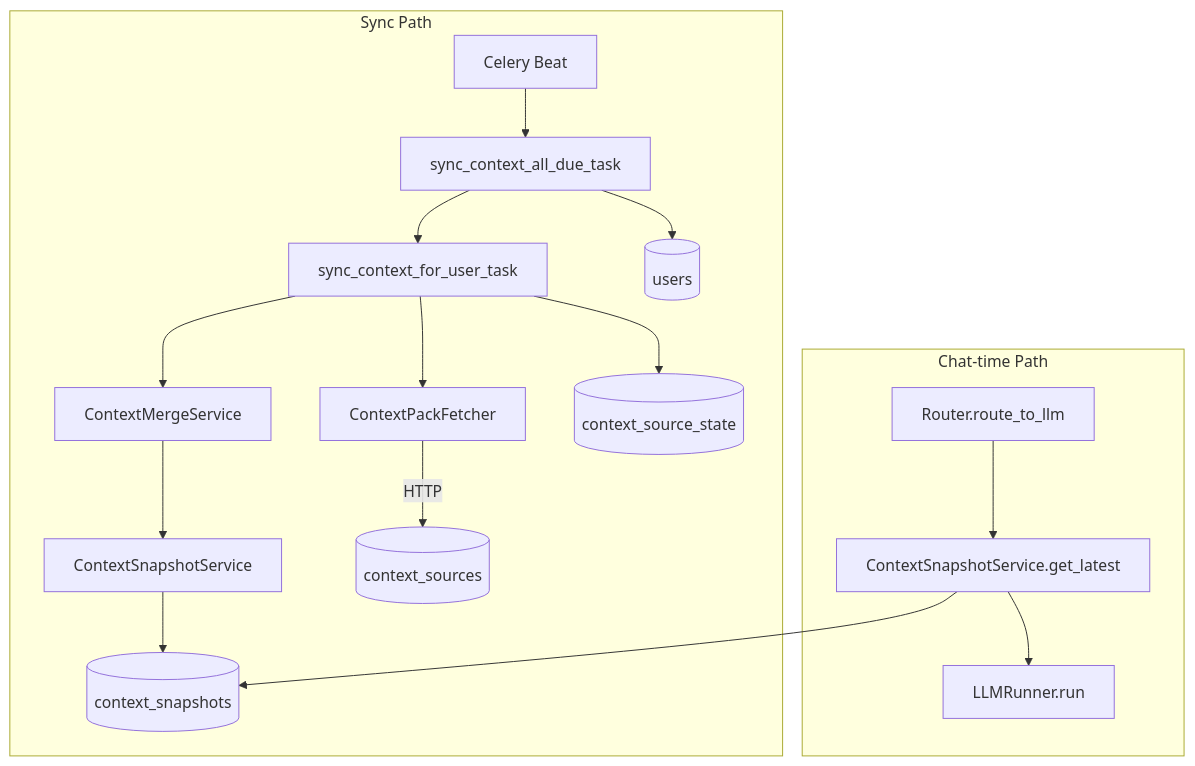
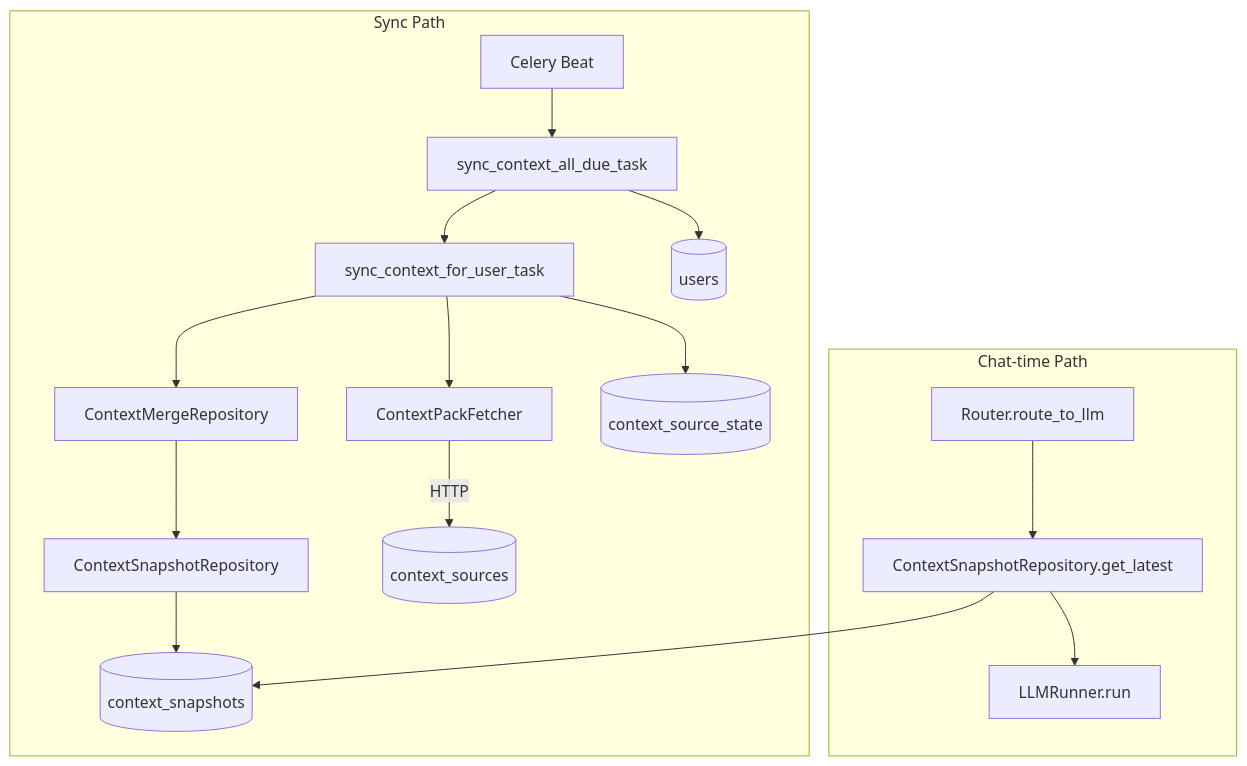
Before and after one commit to tesserahq/conversa: the diagram in docs/phase2-context-snapshots.md, drawn with Mermaid. The commit also changed other lines of this file and 58 other files, not shown here.

````diff
--- a/docs/phase2-context-snapshots.md
+++ b/docs/phase2-context-snapshots.md
@@ -9,34 +9,34 @@
 ```mermaid
 flowchart TB
     subgraph sync [Sync Path]
         Beat[Celery Beat]
         SyncTask[sync_context_all_due_task]
         PerUser[sync_context_for_user_task]
         Fetcher[ContextPackFetcher]
-        Merge[ContextMergeService]
-        SnapshotSvc[ContextSnapshotService]
+        Merge[ContextMergeRepository]
+        SnapshotSvc[ContextSnapshotRepository]
         Sources[(context_sources)]
         Users[(users)]
         States[(context_source_state)]
         Snapshots[(context_snapshots)]
 
         Beat --> SyncTask
         SyncTask --> PerUser
         PerUser --> Fetcher
         Fetcher --> |HTTP| Sources
         PerUser --> States
         PerUser --> Merge
         Merge --> SnapshotSvc
         SnapshotSvc --> Snapshots
         SyncTask --> Users
     end
 
     subgraph chat [Chat-time Path]
         Router[Router.route_to_llm]
-        SnapshotRead[ContextSnapshotService.get_latest]
+        SnapshotRead[ContextSnapshotRepository.get_latest]
         LLM[LLMRunner.run]
         Router --> SnapshotRead
         SnapshotRead --> Snapshots
         SnapshotRead --> LLM
     end
 ```
````
